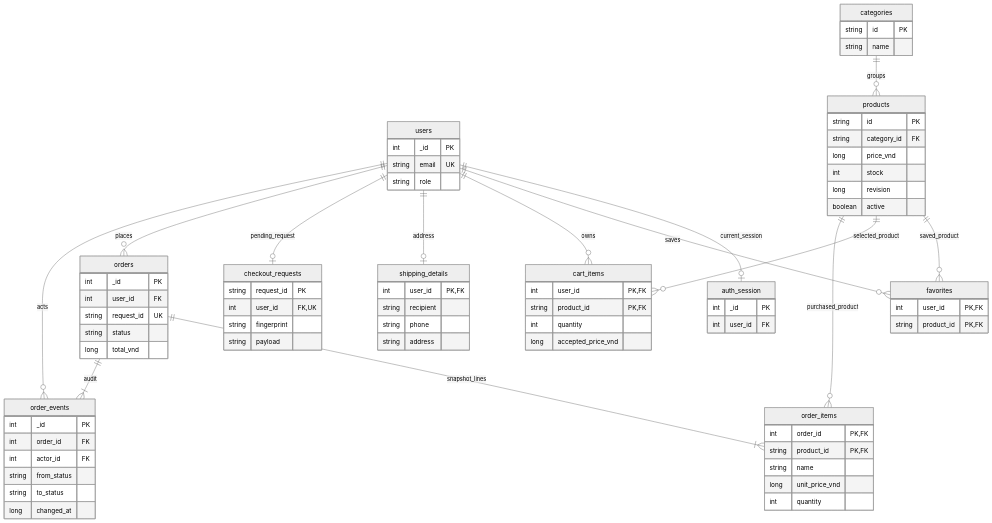
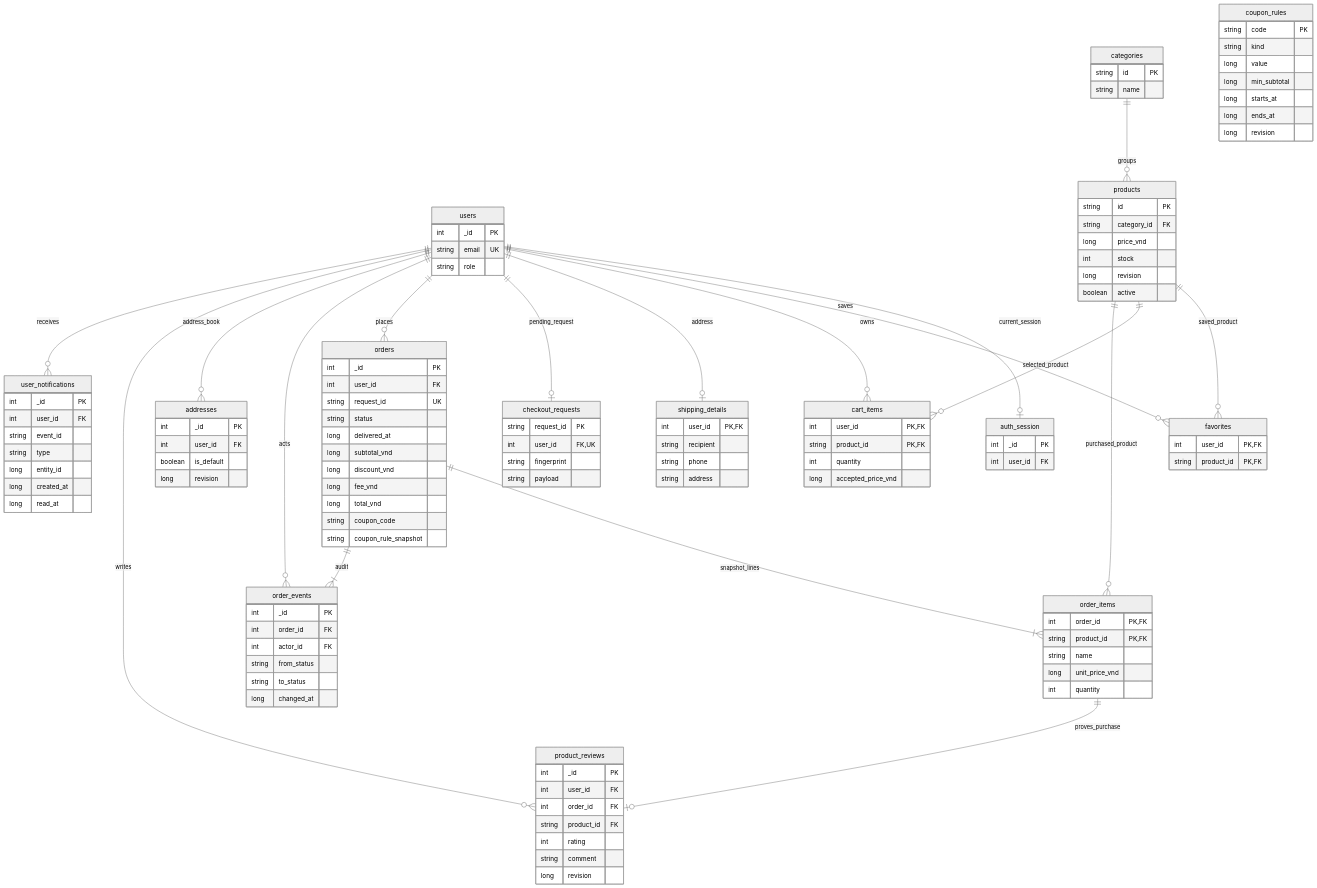
Before and after one commit to tdn1997/bloomy-beauty: the third of 7 diagrams in docs/bao-cao/so-do.md, drawn with Mermaid (neutral theme). The commit also changed other lines of this file and 715 other files, not shown here.

````diff
--- a/docs/bao-cao/so-do.md
+++ b/docs/bao-cao/so-do.md
@@ -41,27 +48,35 @@
 ```mermaid
 erDiagram
     users ||--o| auth_session : current_session
     users ||--o{ favorites : saves
     users ||--o{ cart_items : owns
     users ||--o| shipping_details : address
     users ||--o| checkout_requests : pending_request
     users ||--o{ orders : places
     users ||--o{ order_events : acts
     categories ||--o{ products : groups
     products ||--o{ favorites : saved_product
     products ||--o{ cart_items : selected_product
     products ||--o{ order_items : purchased_product
     orders ||--|{ order_items : snapshot_lines
     orders ||--|{ order_events : audit
+    users ||--o{ addresses : address_book
+    users ||--o{ product_reviews : writes
+    order_items ||--o| product_reviews : proves_purchase
+    users ||--o{ user_notifications : receives
+    addresses { int _id PK int user_id FK boolean is_default long revision }
+    product_reviews { int _id PK int user_id FK int order_id FK string product_id FK int rating string comment long revision }
+    coupon_rules { string code PK string kind long value long min_subtotal long starts_at long ends_at long revision }
+    user_notifications { int _id PK int user_id FK string event_id string type long entity_id long created_at long read_at }
     users { int _id PK string email UK string role }
     auth_session { int _id PK int user_id FK }
     categories { string id PK string name }
     products { string id PK string category_id FK long price_vnd int stock long revision boolean active }
     favorites { int user_id PK,FK string product_id PK,FK }
     cart_items { int user_id PK,FK string product_id PK,FK int quantity long accepted_price_vnd }
     shipping_details { int user_id PK,FK string recipient string phone string address }
     checkout_requests { string request_id PK int user_id FK,UK string fingerprint string payload }
-    orders { int _id PK int user_id FK string request_id UK string status long total_vnd }
+    orders { int _id PK int user_id FK string request_id UK string status long delivered_at long subtotal_vnd long discount_vnd long fee_vnd long total_vnd string coupon_code string coupon_rule_snapshot }
     order_items { int order_id PK,FK string product_id PK,FK string name long unit_price_vnd int quantity }
     order_events { int _id PK int order_id FK int actor_id FK string from_status string to_status long changed_at }
 ```
````
